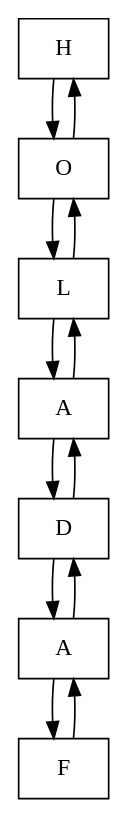
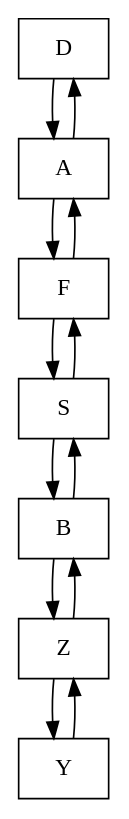
Before and after one commit to elJuanjoRamos/EDD_1S2020_PY1_201801262: the diagram in EDD_Proyecto1/EDD_Proyecto1/LD_LetterPlayer.dot, drawn with Graphviz. The commit also changed 11 other files, not shown here.

```diff
--- a/EDD_Proyecto1/EDD_Proyecto1/LD_LetterPlayer.dot
+++ b/EDD_Proyecto1/EDD_Proyecto1/LD_LetterPlayer.dot
@@ -1,21 +1,21 @@
 digraph G {node[shape = box];
-Nodo0 [label = "H"];
-Nodo1 [label = "O"];
-Nodo2 [label = "L"];
-Nodo3 [label = "A"];
-Nodo4 [label = "D"];
-Nodo5 [label = "A"];
-Nodo6 [label = "F"];
+Nodo0 [label = "D"];
+Nodo1 [label = "A"];
+Nodo2 [label = "F"];
+Nodo3 [label = "S"];
+Nodo4 [label = "B"];
+Nodo5 [label = "Z"];
+Nodo6 [label = "Y"];
 Nodo0->Nodo1;
 Nodo1->Nodo0;
 Nodo1->Nodo2;
 Nodo2->Nodo1;
 Nodo2->Nodo3;
 Nodo3->Nodo2;
 Nodo3->Nodo4;
 Nodo4->Nodo3;
 Nodo4->Nodo5;
 Nodo5->Nodo4;
 Nodo5->Nodo6;
 Nodo6->Nodo5;
 }
```
